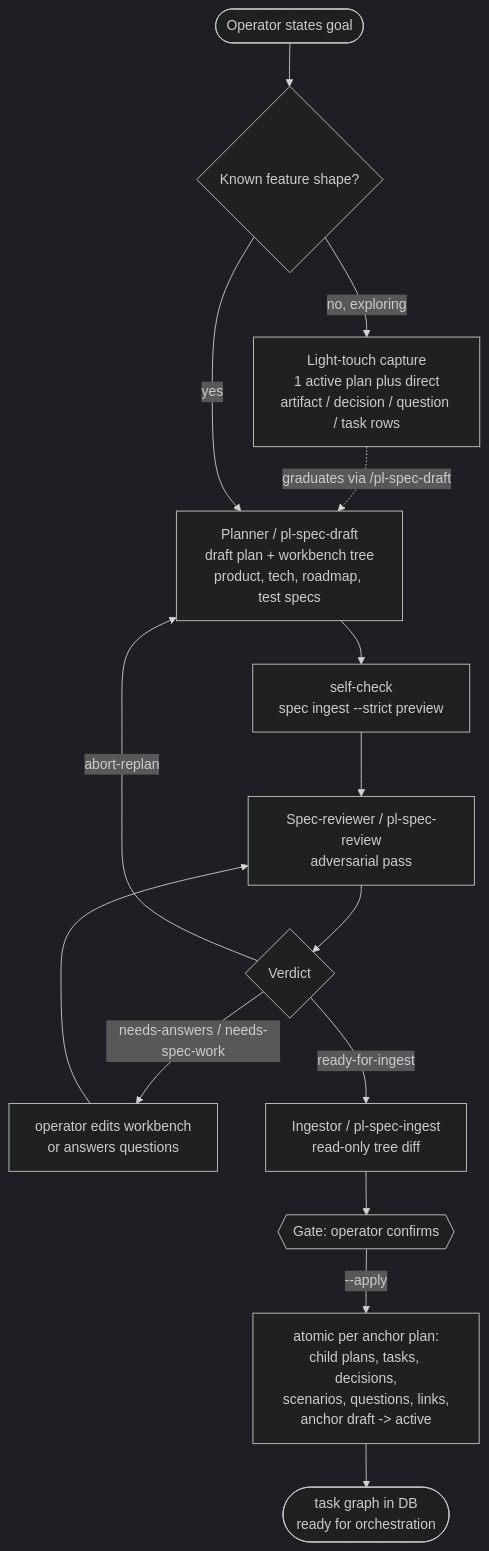
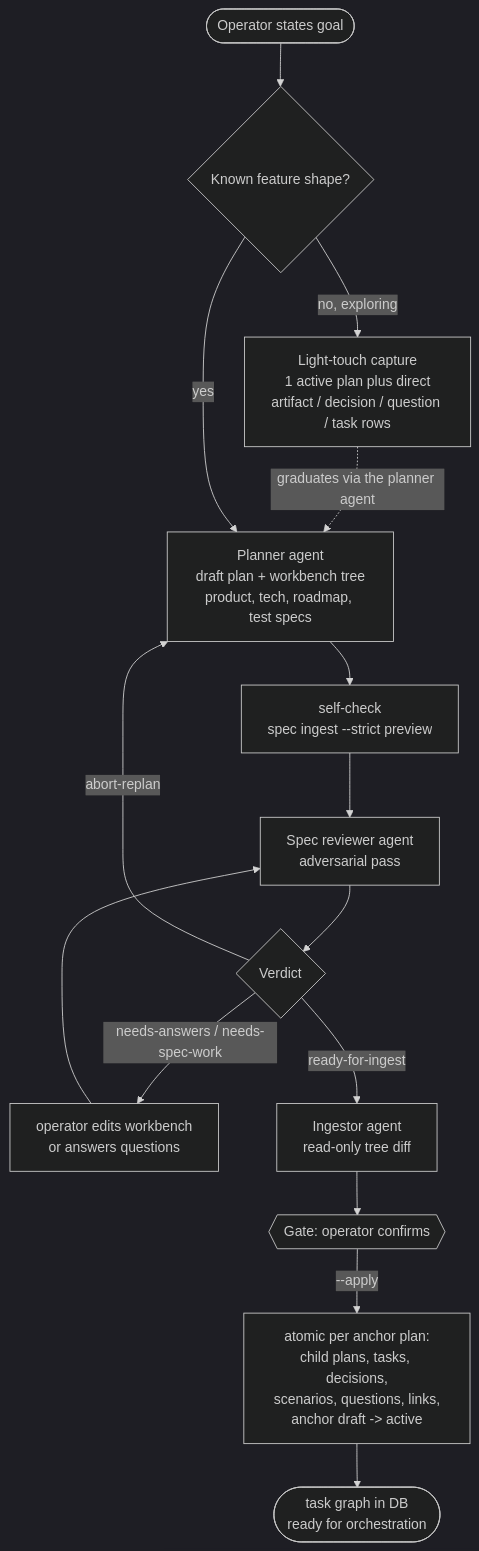
One commit to rdrsss/planar changed the first of 3 diagrams in docs/operations.md. Above: the diagram before and after it, drawn with Mermaid (dark theme). The commit also changed other lines of this file and 6 other files, not shown here.

````diff
--- a/docs/operations.md
+++ b/docs/operations.md
@@ -32,17 +32,17 @@
 ```mermaid
 flowchart TD
     OP(["Operator states goal"]) --> LT{"Known feature shape?"}
     LT -->|"no, exploring"| LTB["Light-touch capture<br/>1 active plan plus direct<br/>artifact / decision / question / task rows"]
-    LTB -.->|"graduates via /pl-spec-draft"| DR
-    LT -->|"yes"| DR["Planner / pl-spec-draft<br/>draft plan + workbench tree<br/>product, tech, roadmap, test specs"]
+    LTB -.->|"graduates via the planner agent"| DR
+    LT -->|"yes"| DR["Planner agent<br/>draft plan + workbench tree<br/>product, tech, roadmap, test specs"]
     DR --> SC["self-check<br/>spec ingest --strict preview"]
-    SC --> RV["Spec-reviewer / pl-spec-review<br/>adversarial pass"]
+    SC --> RV["Spec reviewer agent<br/>adversarial pass"]
     RV --> VD{"Verdict"}
     VD -->|"needs-answers / needs-spec-work"| ED["operator edits workbench<br/>or answers questions"]
     ED --> RV
     VD -->|"abort-replan"| DR
-    VD -->|"ready-for-ingest"| IP["Ingestor / pl-spec-ingest<br/>read-only tree diff"]
+    VD -->|"ready-for-ingest"| IP["Ingestor agent<br/>read-only tree diff"]
     IP --> IG{{"Gate: operator confirms"}}
     IG -->|"--apply"| AP["atomic per anchor plan:<br/>child plans, tasks, decisions,<br/>scenarios, questions, links,<br/>anchor draft -> active"]
     AP --> DONE(["task graph in DB<br/>ready for orchestration"])
 ```
````
